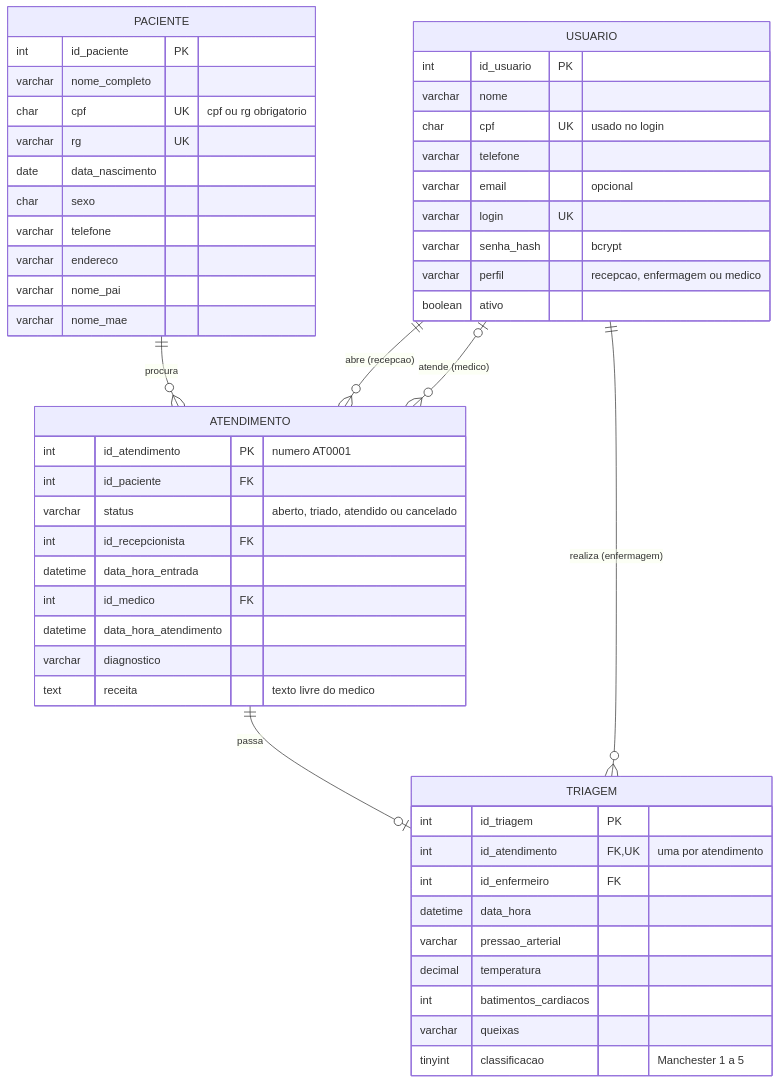
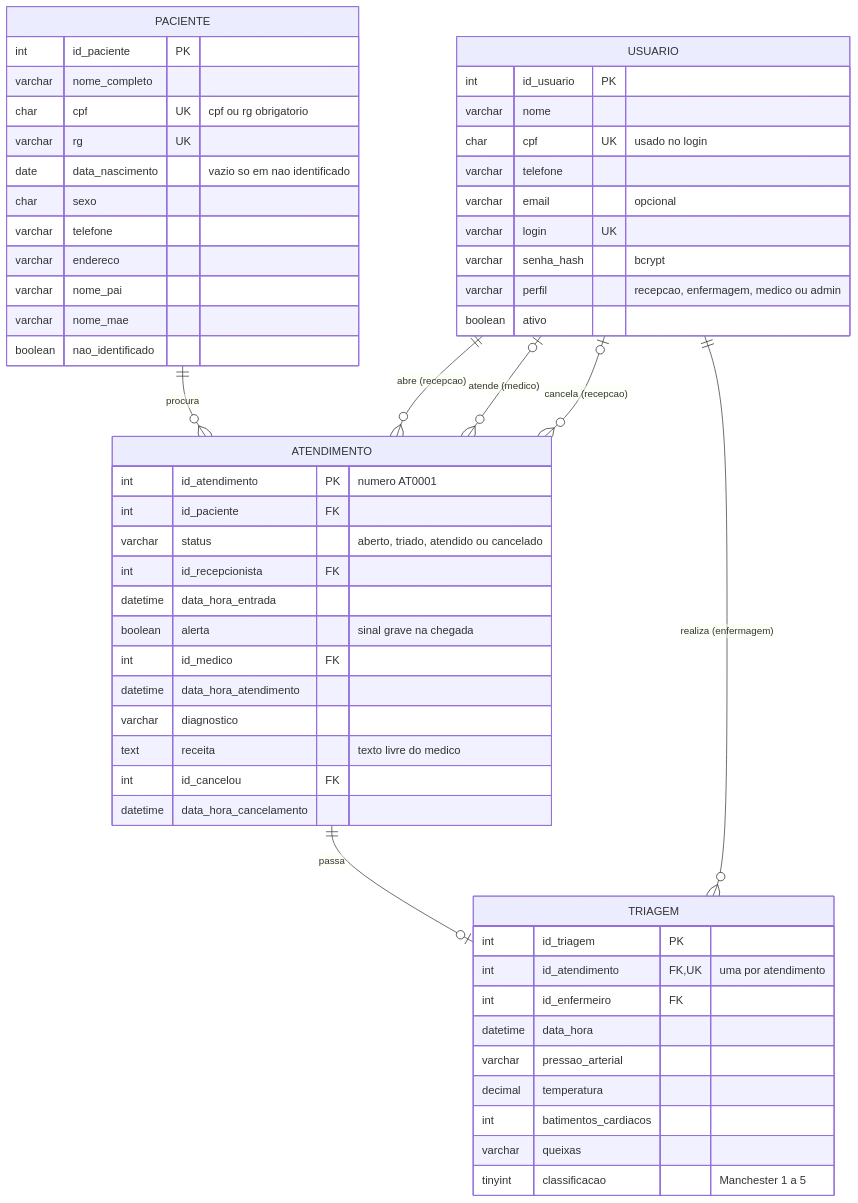
The second of 2 diagrams in README.md (OtavioFelix-in/Projeto-Integrador2), drawn with Mermaid before and after one commit. The commit also changed other lines of this file and 1 other file, not shown here.

````diff
--- a/README.md
+++ b/README.md
@@ -126,58 +163,62 @@
 ```mermaid
 erDiagram
     PACIENTE ||--o{ ATENDIMENTO : "procura"
     ATENDIMENTO ||--o| TRIAGEM : "passa"
     USUARIO ||--o{ ATENDIMENTO : "abre (recepcao)"
     USUARIO ||--o{ TRIAGEM : "realiza (enfermagem)"
     USUARIO |o--o{ ATENDIMENTO : "atende (medico)"
+    USUARIO |o--o{ ATENDIMENTO : "cancela (recepcao)"
 
     USUARIO {
         int id_usuario PK
         varchar nome
         char cpf UK "usado no login"
         varchar telefone
         varchar email "opcional"
         varchar login UK
         varchar senha_hash "bcrypt"
-        varchar perfil "recepcao, enfermagem ou medico"
+        varchar perfil "recepcao, enfermagem, medico ou admin"
         boolean ativo
     }
 
     PACIENTE {
         int id_paciente PK
         varchar nome_completo
         char cpf UK "cpf ou rg obrigatorio"
         varchar rg UK
-        date data_nascimento
+        date data_nascimento "vazio so em nao identificado"
         char sexo
         varchar telefone
         varchar endereco
         varchar nome_pai
         varchar nome_mae
+        boolean nao_identificado
     }
 
     ATENDIMENTO {
         int id_atendimento PK "numero AT0001"
         int id_paciente FK
         varchar status "aberto, triado, atendido ou cancelado"
         int id_recepcionista FK
         datetime data_hora_entrada
+        boolean alerta "sinal grave na chegada"
         int id_medico FK
         datetime data_hora_atendimento
         varchar diagnostico
         text receita "texto livre do medico"
+        int id_cancelou FK
+        datetime data_hora_cancelamento
     }
 
     TRIAGEM {
         int id_triagem PK
         int id_atendimento FK, UK "uma por atendimento"
         int id_enfermeiro FK
         datetime data_hora
         varchar pressao_arterial
         decimal temperatura
         int batimentos_cardiacos
         varchar queixas
         tinyint classificacao "Manchester 1 a 5"
     }
-
 ```
````
